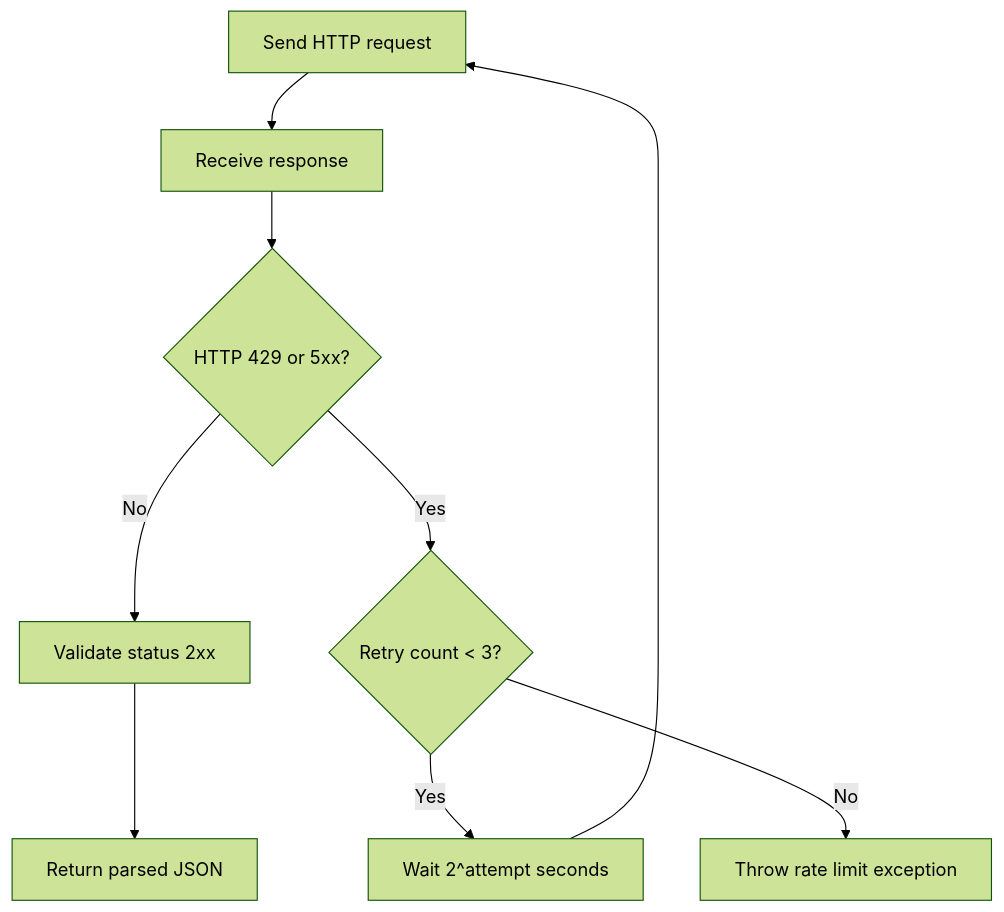
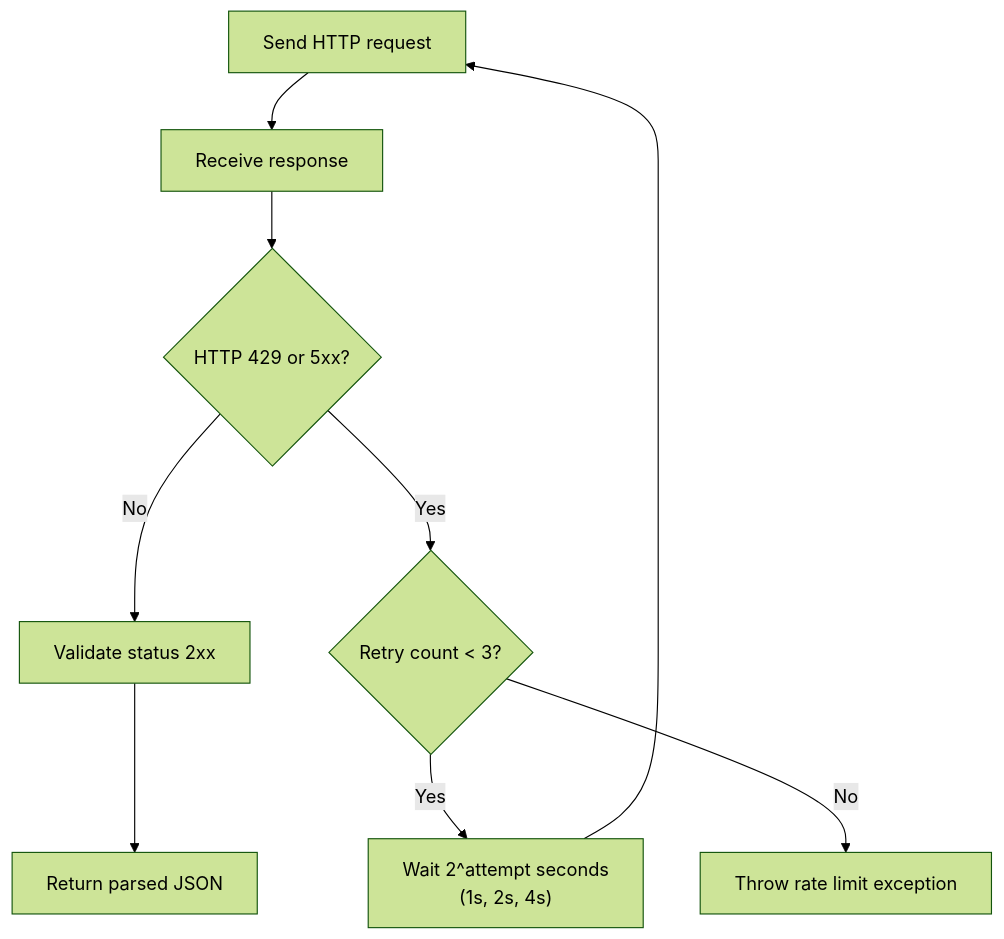
The sixth of 7 diagrams in .qoder/repowiki/en/content/Core Features/Core Features.md (cripnail/kling_app), drawn with Mermaid (forest theme) before and after one commit. The commit also changed other lines of this file and 15 other files, not shown here.

````diff
--- a/.qoder/repowiki/en/content/Core Features/Core Features.md
+++ b/.qoder/repowiki/en/content/Core Features/Core Features.md
@@ -205,11 +251,11 @@
 ```mermaid
 flowchart TD
 ReqStart["Send HTTP request"] --> Resp["Receive response"]
 Resp --> CheckStatus{"HTTP 429 or 5xx?"}
 CheckStatus --> |No| Validate["Validate status 2xx"]
 Validate --> Done["Return parsed JSON"]
 CheckStatus --> |Yes| CanRetry{"Retry count < 3?"}
-CanRetry --> |Yes| Wait["Wait 2^attempt seconds"]
+CanRetry --> |Yes| Wait["Wait 2^attempt seconds<br/>(1s, 2s, 4s)"]
 Wait --> ReqStart
 CanRetry --> |No| RateLimit["Throw rate limit exception"]
 ```
````
